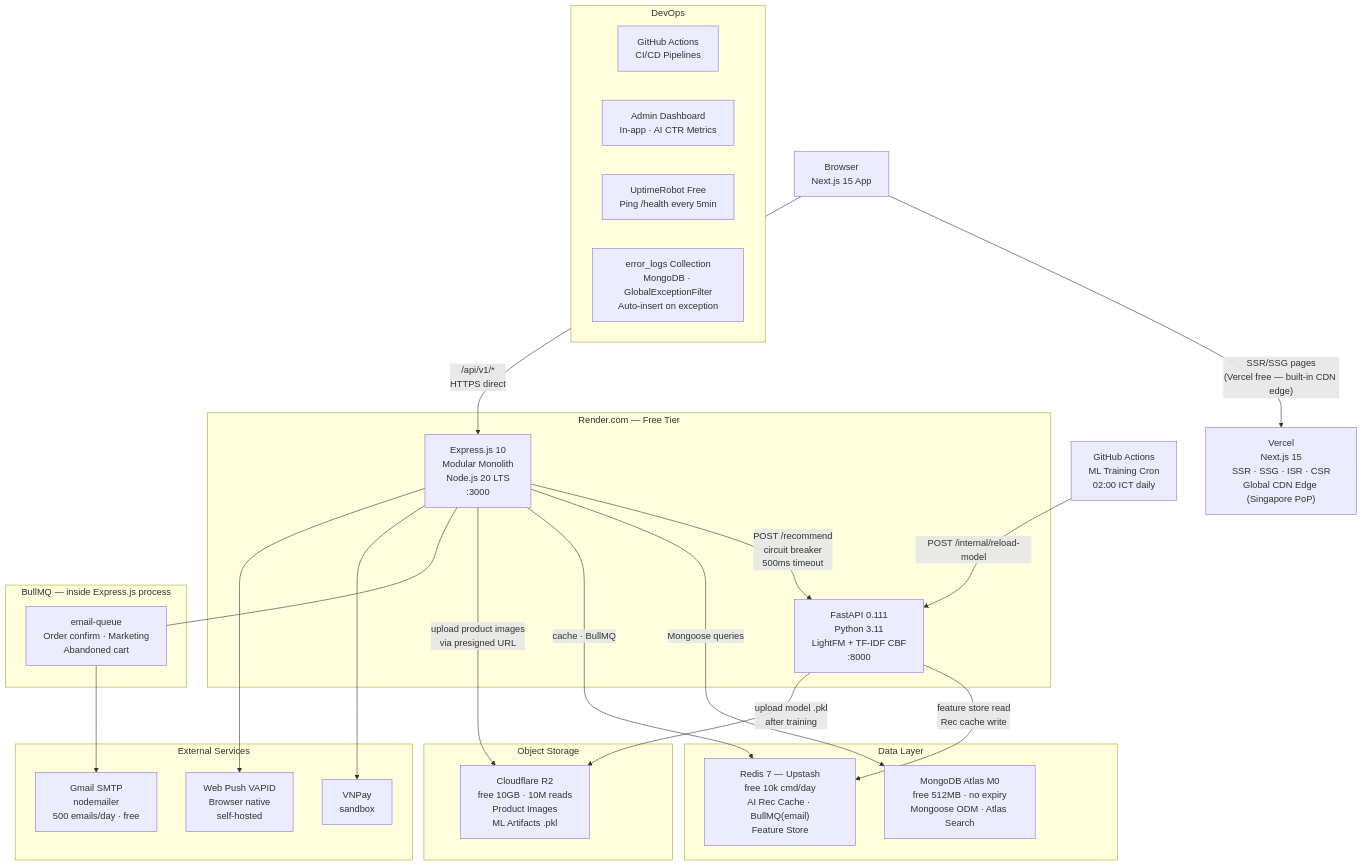
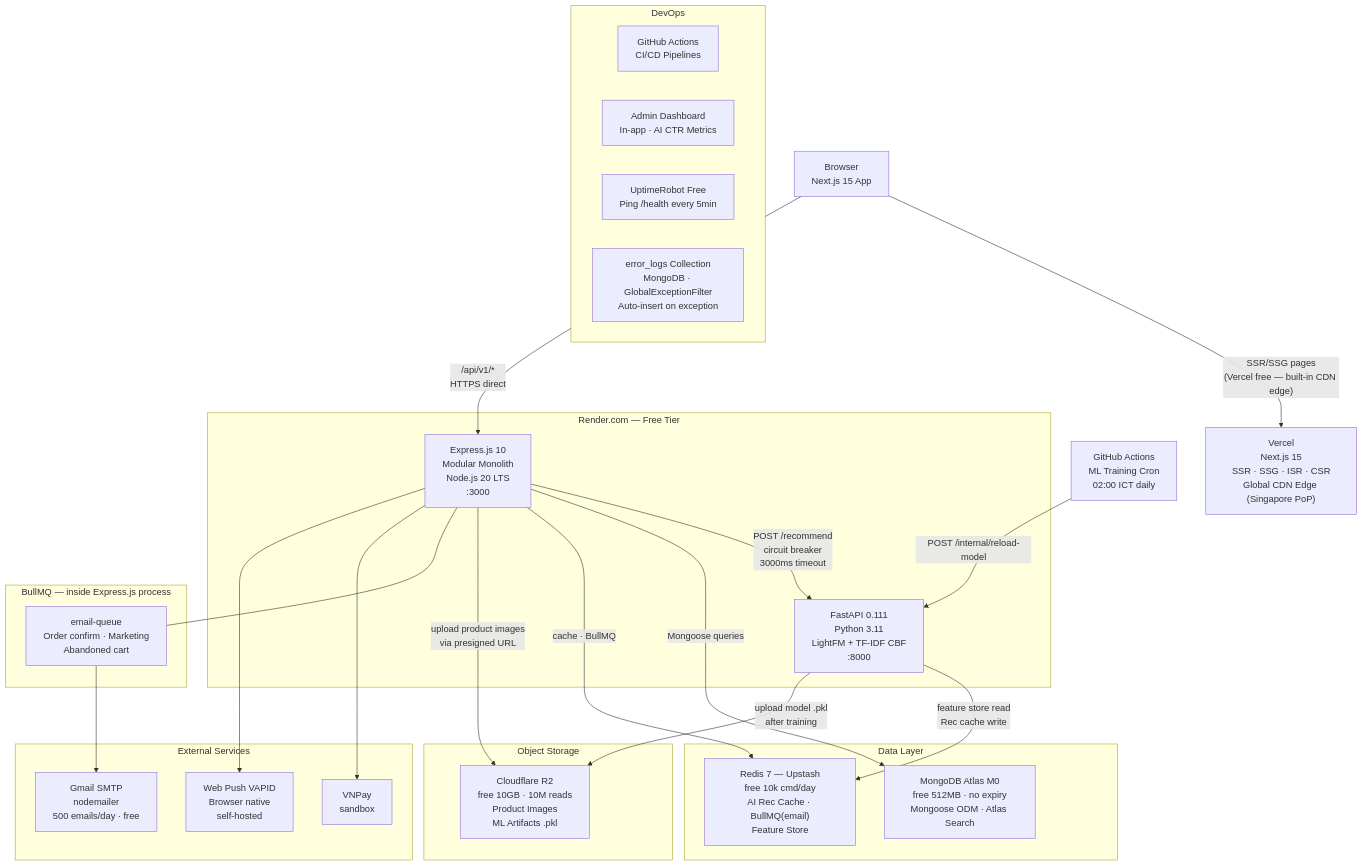
The first of 8 diagrams in docs/ARCHITECTURE.md (Neil-06-hub/SMART-ECOMMERCE-AI-SYSTEM-WORKFLOW-PUBLIC), drawn with Mermaid before and after one commit. The commit also changed other lines of this file and 33 other files, not shown here.

````diff
--- a/docs/ARCHITECTURE.md
+++ b/docs/ARCHITECTURE.md
@@ -102,55 +112,55 @@
 ```mermaid
 graph TD
     Browser["Browser\nNext.js 15 App"]
 
     Browser -->|"SSR/SSG pages\n(Vercel free — built-in CDN edge)"| Vercel["Vercel\nNext.js 15\nSSR · SSG · ISR · CSR\nGlobal CDN Edge (Singapore PoP)"]
     Browser -->|"/api/v1/*\nHTTPS direct"| Express.js
 
     subgraph Render["Render.com — Free Tier"]
         Express.js["Express.js 10\nModular Monolith\nNode.js 20 LTS\n:3000"]
         FastAPI["FastAPI 0.111\nPython 3.11\nLightFM + TF-IDF CBF\n:8000"]
     end
 
     GHA["GitHub Actions\nML Training Cron\n02:00 ICT daily"] -->|"POST /internal/reload-model"| FastAPI
 
-    Express.js -->|"POST /recommend\ncircuit breaker\n500ms timeout"| FastAPI
+    Express.js -->|"POST /recommend\ncircuit breaker\n3000ms timeout"| FastAPI
 
     subgraph DataLayer["Data Layer"]
         MongoDB["MongoDB Atlas M0\nfree 512MB · no expiry\nMongoose ODM · Atlas Search"]
         Redis["Redis 7 — Upstash\nfree 10k cmd/day\nAI Rec Cache · BullMQ(email)\nFeature Store"]
     end
 
     Express.js -->|"Mongoose queries"| MongoDB
     Express.js -->|"cache · BullMQ"| Redis
     FastAPI -->|"feature store read\nRec cache write"| Redis
 
     subgraph Storage["Object Storage"]
         R2["Cloudflare R2\nfree 10GB · 10M reads\nProduct Images\nML Artifacts .pkl"]
     end
 
     FastAPI -->|"upload model .pkl\nafter training"| R2
     Express.js -->|"upload product images\nvia presigned URL"| R2
 
     subgraph BullMQ_Box["BullMQ — inside Express.js process"]
         EmailQ["email-queue\nOrder confirm · Marketing\nAbandoned cart"]
     end
 
     Express.js --- EmailQ
 
     subgraph External["External Services"]
         VNPay["VNPay\nsandbox"]
         Gmail["Gmail SMTP\nnodemailer\n500 emails/day · free"]
         WebPush["Web Push VAPID\nBrowser native\nself-hosted"]
     end
 
     Express.js --> VNPay
     EmailQ --> Gmail
     Express.js --> WebPush
 
     subgraph DevOps["DevOps"]
         GH["GitHub Actions\nCI/CD Pipelines"]
         AdminDash["Admin Dashboard\nIn-app · AI CTR Metrics"]
         Uptime["UptimeRobot Free\nPing /health every 5min"]
         ErrorLog["error_logs Collection\nMongoDB · GlobalExceptionFilter\nAuto-insert on exception"]
     end
 ```
````
